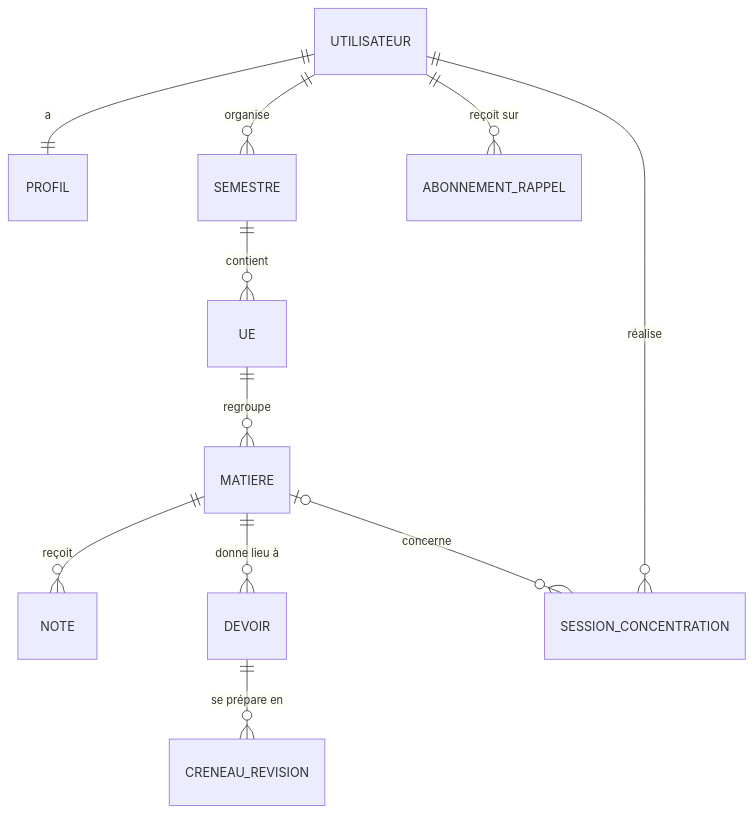
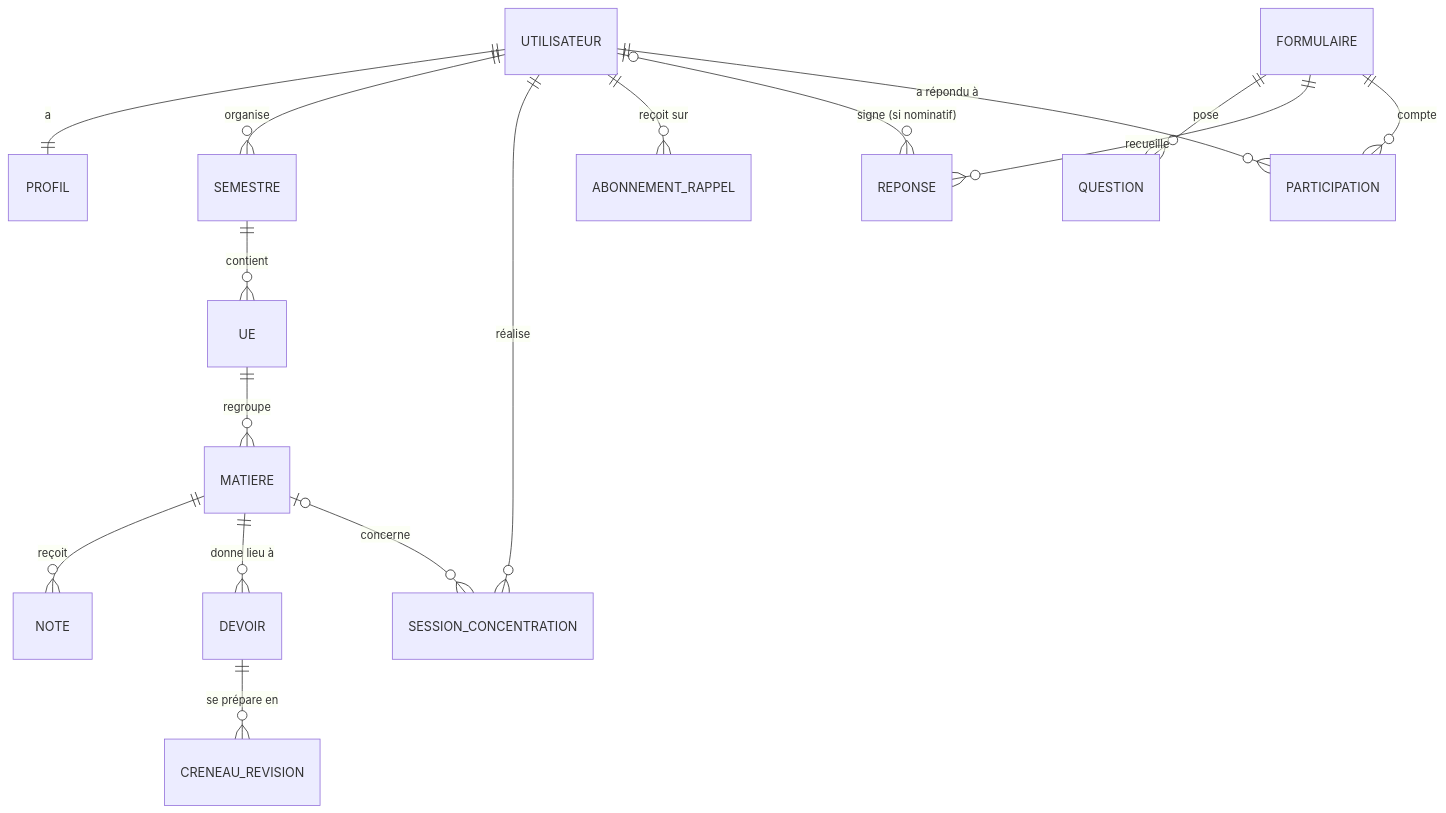
Before and after one commit to sllmb/campusflow: the first of 2 diagrams in docs/modele-de-donnees.md, drawn with Mermaid. The commit also changed other lines of this file and 9 other files, not shown here.

````diff
--- a/docs/modele-de-donnees.md
+++ b/docs/modele-de-donnees.md
@@ -30,13 +30,18 @@
 ```mermaid
 erDiagram
     UTILISATEUR ||--|| PROFIL : "a"
     UTILISATEUR ||--o{ SEMESTRE : "organise"
     SEMESTRE ||--o{ UE : "contient"
     UE ||--o{ MATIERE : "regroupe"
     MATIERE ||--o{ NOTE : "reçoit"
     MATIERE ||--o{ DEVOIR : "donne lieu à"
     DEVOIR ||--o{ CRENEAU_REVISION : "se prépare en"
     MATIERE |o--o{ SESSION_CONCENTRATION : "concerne"
     UTILISATEUR ||--o{ SESSION_CONCENTRATION : "réalise"
     UTILISATEUR ||--o{ ABONNEMENT_RAPPEL : "reçoit sur"
+    FORMULAIRE ||--o{ QUESTION : "pose"
+    FORMULAIRE ||--o{ REPONSE : "recueille"
+    UTILISATEUR |o--o{ REPONSE : "signe (si nominatif)"
+    UTILISATEUR ||--o{ PARTICIPATION : "a répondu à"
+    FORMULAIRE ||--o{ PARTICIPATION : "compte"
 ```
````
